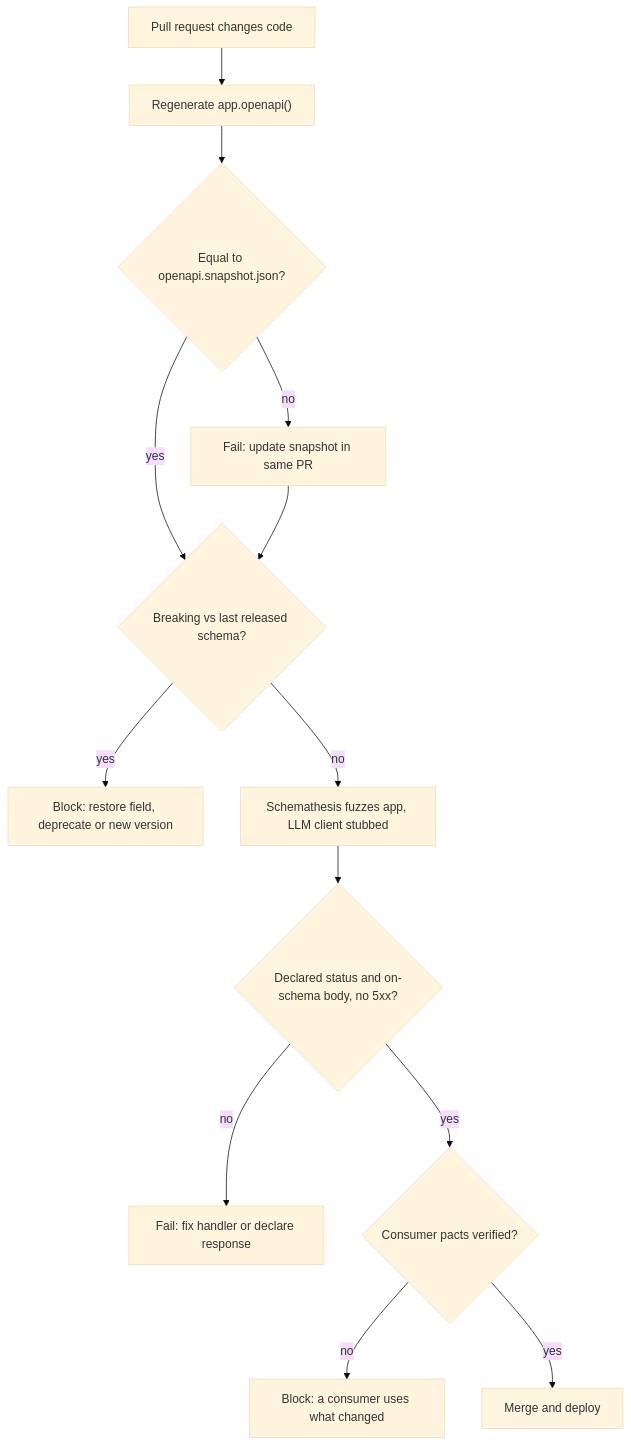
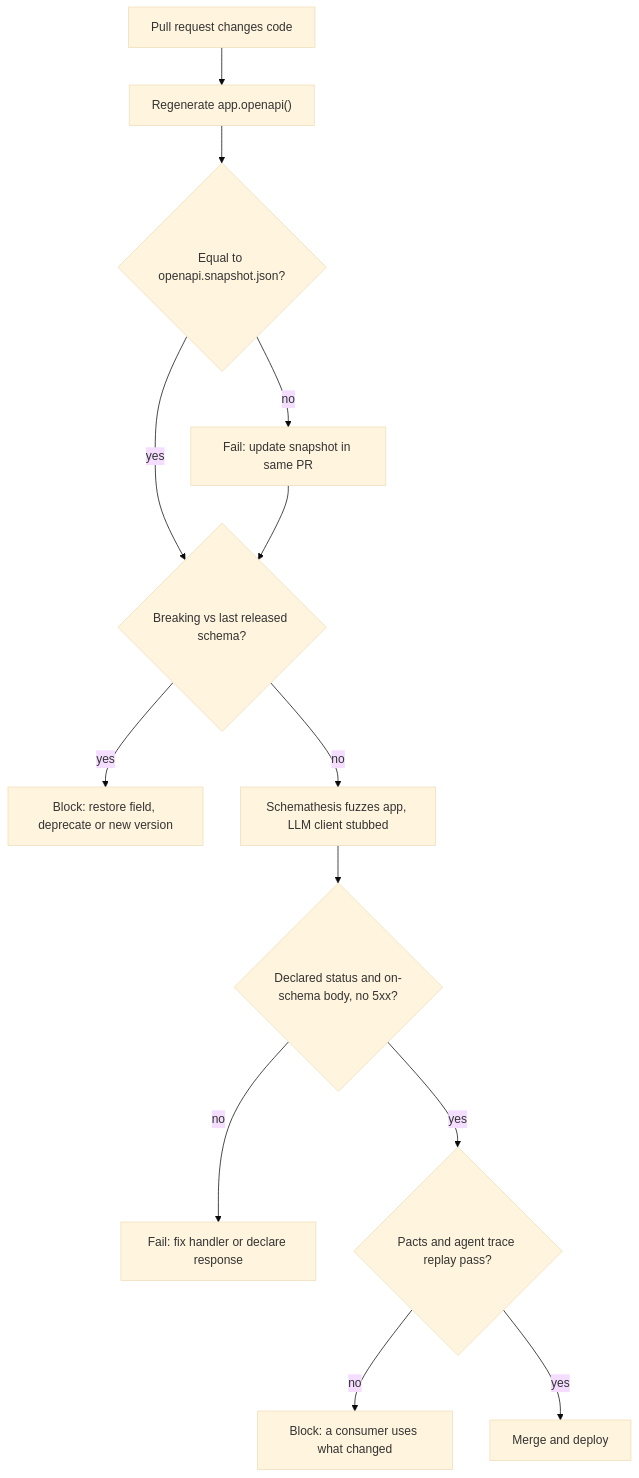
Before and after one commit to lovishmahajan97/agentic-learning: the diagram in content/fastapi-for-ai/openapi-contract-testing.md, drawn with Mermaid (base theme). The commit also changed other lines of this file and 266 other files, not shown here.

````diff
--- a/content/fastapi-for-ai/openapi-contract-testing.md
+++ b/content/fastapi-for-ai/openapi-contract-testing.md
@@ -93,15 +113,15 @@
 ```mermaid
 flowchart TD
     PR["Pull request changes code"] --> G["Regenerate app.openapi()"]
     G --> S{"Equal to openapi.snapshot.json?"}
     S -->|"no"| F1["Fail: update snapshot in same PR"]
     S -->|"yes"| B
     F1 --> B{"Breaking vs last released schema?"}
     B -->|"yes"| F2["Block: restore field, deprecate or new version"]
     B -->|"no"| Z["Schemathesis fuzzes app, LLM client stubbed"]
     Z --> V{"Declared status and on-schema body, no 5xx?"}
     V -->|"no"| F3["Fail: fix handler or declare response"]
-    V -->|"yes"| P{"Consumer pacts verified?"}
+    V -->|"yes"| P{"Pacts and agent trace replay pass?"}
     P -->|"no"| F4["Block: a consumer uses what changed"]
     P -->|"yes"| OK["Merge and deploy"]
 ```
````
